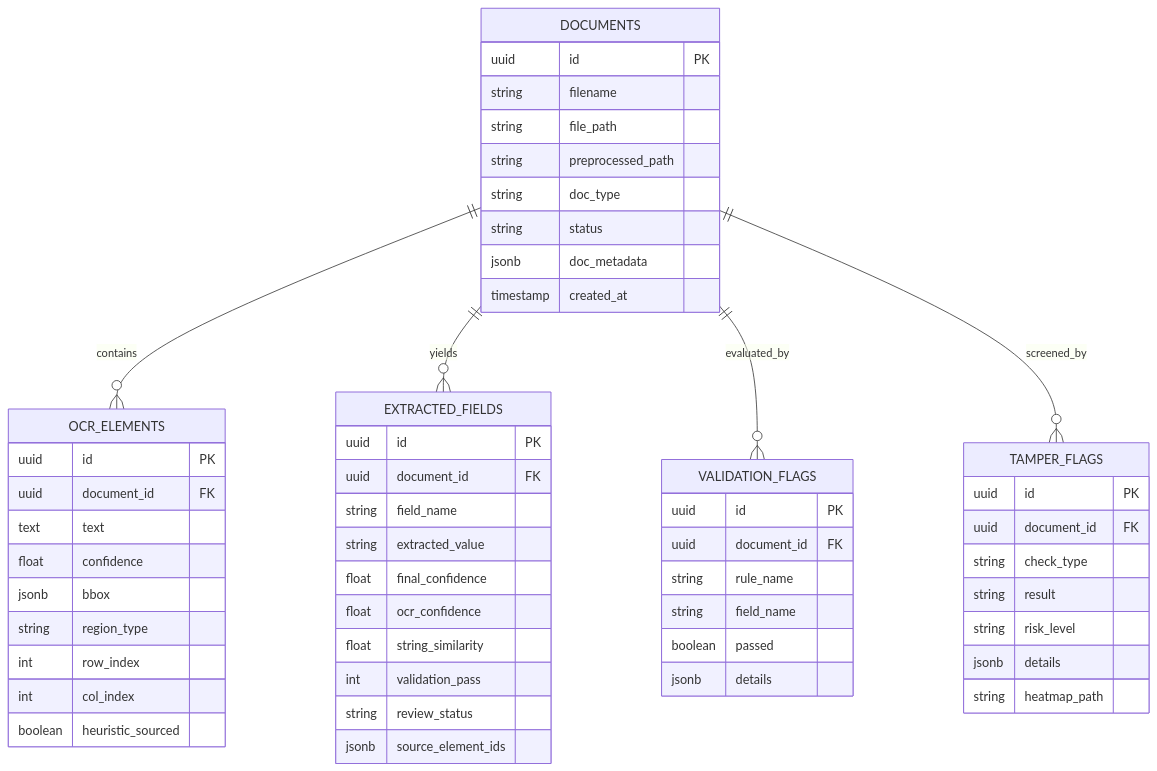
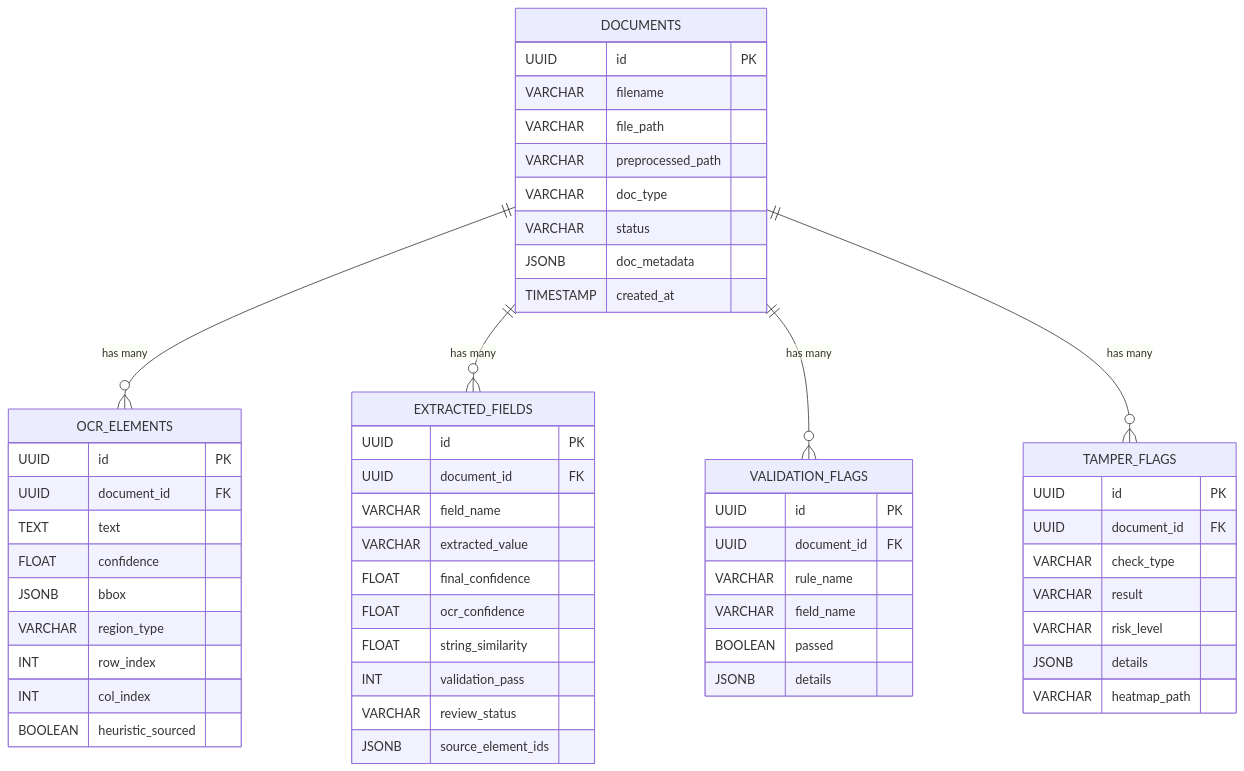
One commit to Kartikeya-guthub/Document-Intellignece changed the second of 2 diagrams in HOW_IT_WORKS_EASY_GUIDE.md. Above: the diagram before and after it, drawn with Mermaid. The commit also changed other lines of this file, not shown here.

Commit message:
docs: enrich HOW_IT_WORKS_EASY_GUIDE.md with complete architecture diagrams and technical details

````diff
--- a/HOW_IT_WORKS_EASY_GUIDE.md
+++ b/HOW_IT_WORKS_EASY_GUIDE.md
@@ -395,62 +441,62 @@
 ```mermaid
 erDiagram
-    DOCUMENTS ||--o{ OCR_ELEMENTS : "contains"
-    DOCUMENTS ||--o{ EXTRACTED_FIELDS : "yields"
-    DOCUMENTS ||--o{ VALIDATION_FLAGS : "evaluated_by"
-    DOCUMENTS ||--o{ TAMPER_FLAGS : "screened_by"
+    DOCUMENTS ||--o{ OCR_ELEMENTS : "has many"
+    DOCUMENTS ||--o{ EXTRACTED_FIELDS : "has many"
+    DOCUMENTS ||--o{ VALIDATION_FLAGS : "has many"
+    DOCUMENTS ||--o{ TAMPER_FLAGS : "has many"
 
     DOCUMENTS {
-        uuid id PK
-        string filename
-        string file_path
-        string preprocessed_path
-        string doc_type
-        string status
-        jsonb doc_metadata
-        timestamp created_at
+        UUID id PK
+        VARCHAR filename
+        VARCHAR file_path
+        VARCHAR preprocessed_path
+        VARCHAR doc_type
+        VARCHAR status
+        JSONB doc_metadata
+        TIMESTAMP created_at
     }
 
     OCR_ELEMENTS {
-        uuid id PK
-        uuid document_id FK
-        text text
-        float confidence
-        jsonb bbox
-        string region_type
-        int row_index
-        int col_index
-        boolean heuristic_sourced
+        UUID id PK
+        UUID document_id FK
+        TEXT text
+        FLOAT confidence
+        JSONB bbox
+        VARCHAR region_type
+        INT row_index
+        INT col_index
+        BOOLEAN heuristic_sourced
     }
 
     EXTRACTED_FIELDS {
-        uuid id PK
-        uuid document_id FK
-        string field_name
-        string extracted_value
-        float final_confidence
-        float ocr_confidence
-        float string_similarity
-        int validation_pass
-        string review_status
-        jsonb source_element_ids
+        UUID id PK
+        UUID document_id FK
+        VARCHAR field_name
+        VARCHAR extracted_value
+        FLOAT final_confidence
+        FLOAT ocr_confidence
+        FLOAT string_similarity
+        INT validation_pass
+        VARCHAR review_status
+        JSONB source_element_ids
     }
 
     VALIDATION_FLAGS {
-        uuid id PK
-        uuid document_id FK
-        string rule_name
-        string field_name
-        boolean passed
-        jsonb details
+        UUID id PK
+        UUID document_id FK
+        VARCHAR rule_name
+        VARCHAR field_name
+        BOOLEAN passed
+        JSONB details
     }
 
     TAMPER_FLAGS {
-        uuid id PK
-        uuid document_id FK
-        string check_type
-        string result
-        string risk_level
-        jsonb details
-        string heatmap_path
+        UUID id PK
+        UUID document_id FK
+        VARCHAR check_type
+        VARCHAR result
+        VARCHAR risk_level
+        JSONB details
+        VARCHAR heatmap_path
     }
 ```
````
